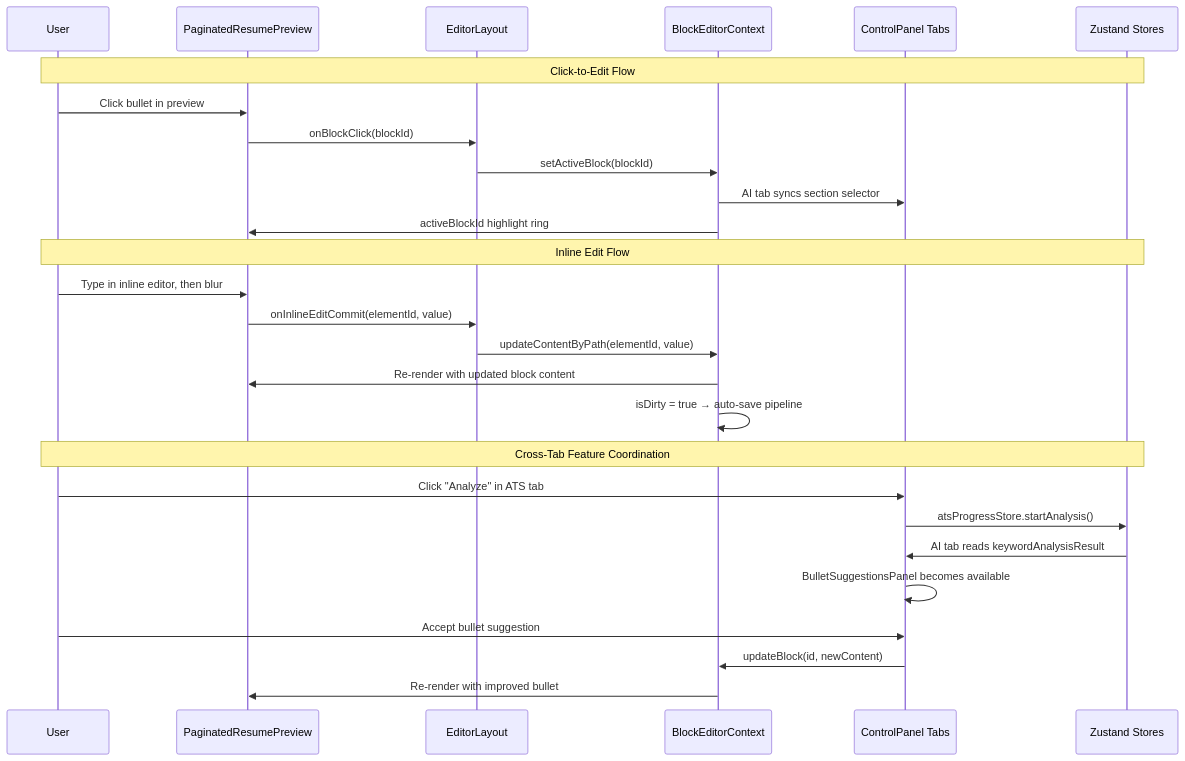
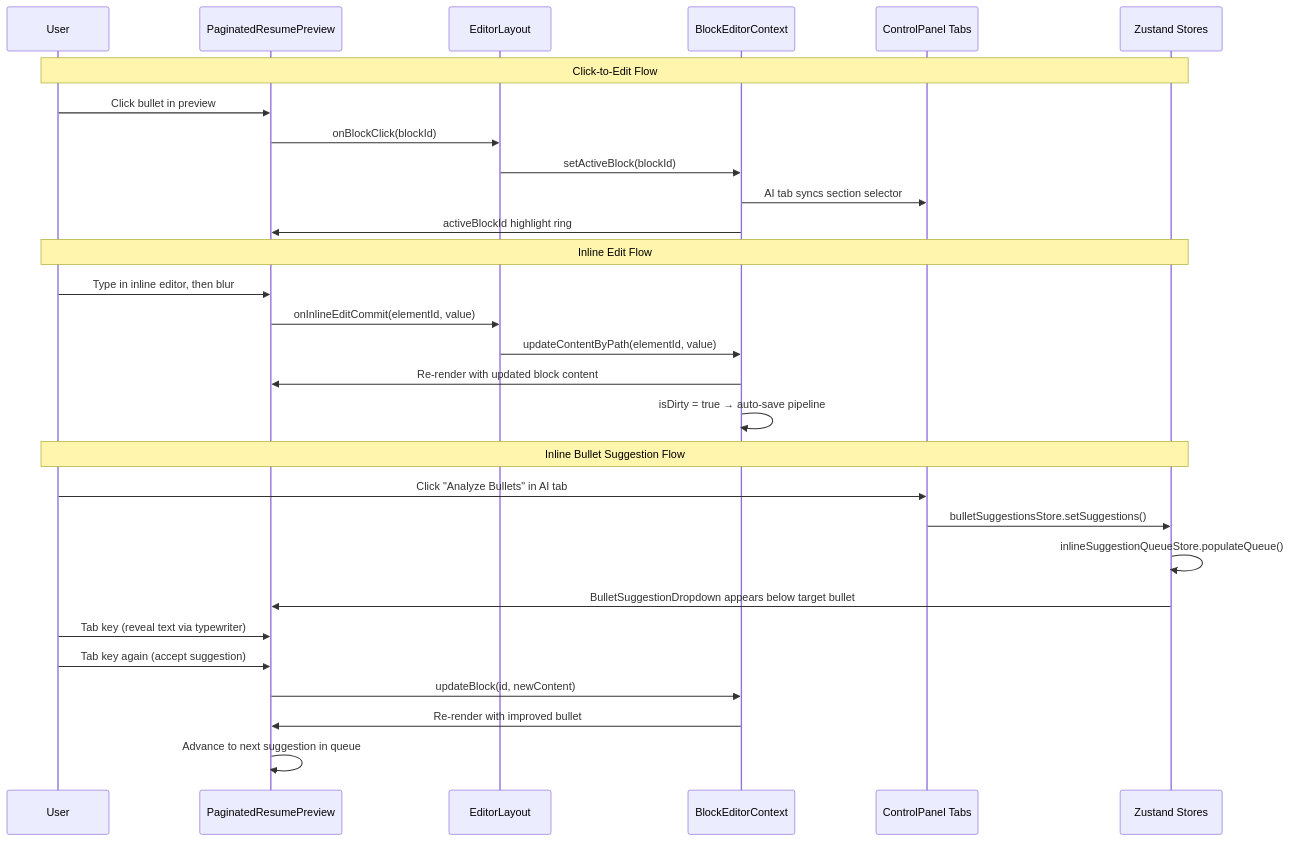
Before and after one commit to Sungchunn/AI-Resume-Tailor: the second of 7 diagrams in docs/architecture/editor-guide.md, drawn with Mermaid. The commit also changed other lines of this file, not shown here.

First line of the commit message:
docs: update editor-guide with inline bullet suggestion system architecture

````diff
--- a/docs/architecture/editor-guide.md
+++ b/docs/architecture/editor-guide.md
@@ -320,32 +325,34 @@
 ```mermaid
 sequenceDiagram
     participant User
     participant Preview as PaginatedResumePreview
     participant Layout as EditorLayout
     participant Context as BlockEditorContext
     participant Control as ControlPanel Tabs
     participant Store as Zustand Stores
 
     Note over User,Store: Click-to-Edit Flow
     User->>Preview: Click bullet in preview
     Preview->>Layout: onBlockClick(blockId)
     Layout->>Context: setActiveBlock(blockId)
     Context->>Control: AI tab syncs section selector
     Context->>Preview: activeBlockId highlight ring
 
     Note over User,Store: Inline Edit Flow
     User->>Preview: Type in inline editor, then blur
     Preview->>Layout: onInlineEditCommit(elementId, value)
     Layout->>Context: updateContentByPath(elementId, value)
     Context->>Preview: Re-render with updated block content
     Context->>Context: isDirty = true → auto-save pipeline
 
-    Note over User,Store: Cross-Tab Feature Coordination
-    User->>Control: Click "Analyze" in ATS tab
-    Control->>Store: atsProgressStore.startAnalysis()
-    Store->>Control: AI tab reads keywordAnalysisResult
-    Control->>Control: BulletSuggestionsPanel becomes available
-    User->>Control: Accept bullet suggestion
-    Control->>Context: updateBlock(id, newContent)
+    Note over User,Store: Inline Bullet Suggestion Flow
+    User->>Control: Click "Analyze Bullets" in AI tab
+    Control->>Store: bulletSuggestionsStore.setSuggestions()
+    Store->>Store: inlineSuggestionQueueStore.populateQueue()
+    Store->>Preview: BulletSuggestionDropdown appears below target bullet
+    User->>Preview: Tab key (reveal text via typewriter)
+    User->>Preview: Tab key again (accept suggestion)
+    Preview->>Context: updateBlock(id, newContent)
     Context->>Preview: Re-render with improved bullet
+    Preview->>Preview: Advance to next suggestion in queue
 ```
````
